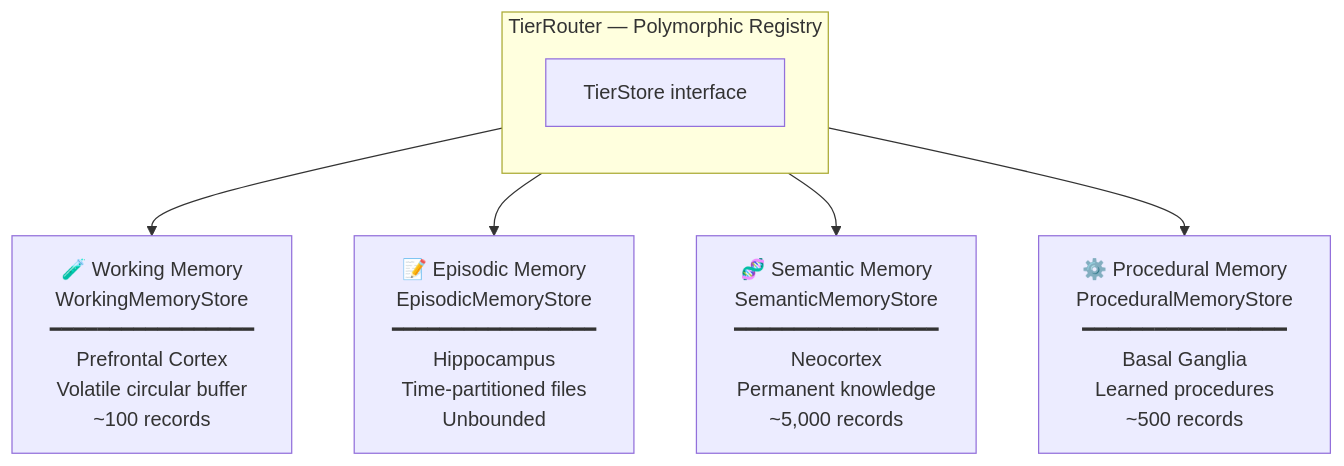
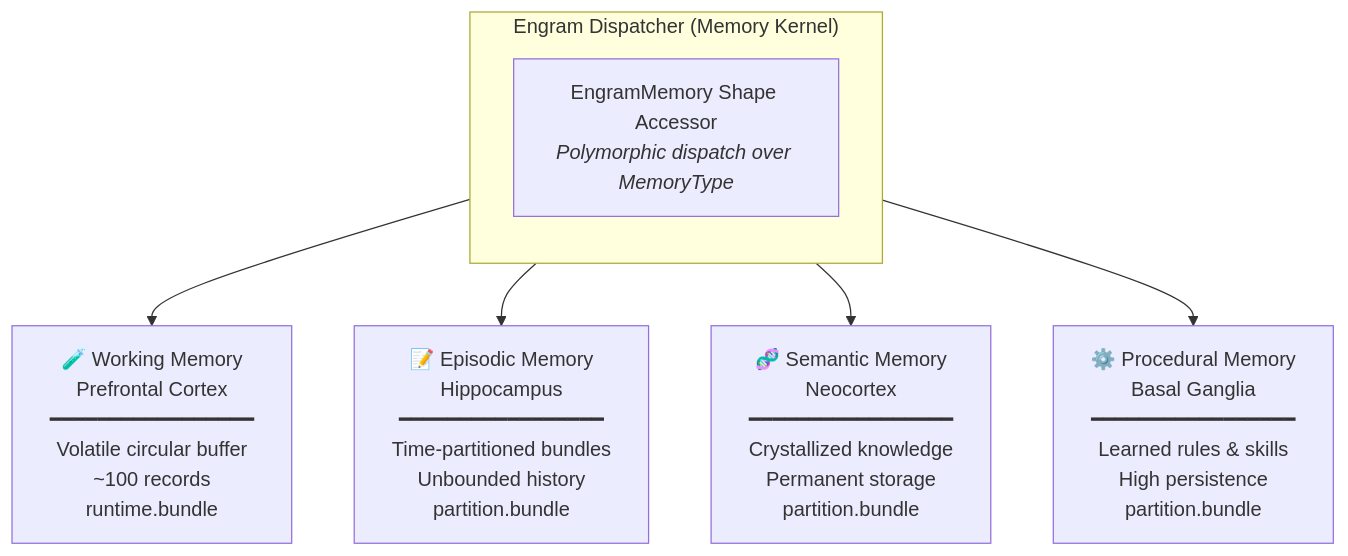
The first of 2 diagrams in docs/docs/memory/cortex.md (spectrayan/spector), drawn with Mermaid before and after one commit. The commit also changed other lines of this file and 15 other files, not shown here.

First line of the commit message:
docs(kernel): overhaul memory kernel documentation and mkdocs navigation (#820)

````diff
--- a/docs/docs/memory/cortex.md
+++ b/docs/docs/memory/cortex.md
@@ -16,12 +16,12 @@
 ```mermaid
 graph TB
-    subgraph "TierRouter — Polymorphic Registry"
+    subgraph "Engram Dispatcher (Memory Kernel)"
         direction TB
-        TR["TierStore interface"]:::core
+        DISP["EngramMemory Shape Accessor<br/><i>Polymorphic dispatch over MemoryType</i>"]
     end
     
-    TR --> WM["🧪 Working Memory<br/>WorkingMemoryStore<br/>━━━━━━━━━━━━━━━━━<br/>Prefrontal Cortex<br/>Volatile circular buffer<br/>~100 records"]:::working
-    TR --> EM["📝 Episodic Memory<br/>EpisodicMemoryStore<br/>━━━━━━━━━━━━━━━━━<br/>Hippocampus<br/>Time-partitioned files<br/>Unbounded"]:::episodic
-    TR --> SE["🧬 Semantic Memory<br/>SemanticMemoryStore<br/>━━━━━━━━━━━━━━━━━<br/>Neocortex<br/>Permanent knowledge<br/>~5,000 records"]:::semantic
-    TR --> PR["⚙️ Procedural Memory<br/>ProceduralMemoryStore<br/>━━━━━━━━━━━━━━━━━<br/>Basal Ganglia<br/>Learned procedures<br/>~500 records"]:::procedural
+    DISP --> WM["🧪 Working Memory<br/>Prefrontal Cortex<br/>━━━━━━━━━━━━━━━━━<br/>Volatile circular buffer<br/>~100 records<br/>runtime.bundle"]
+    DISP --> EM["📝 Episodic Memory<br/>Hippocampus<br/>━━━━━━━━━━━━━━━━━<br/>Time-partitioned bundles<br/>Unbounded history<br/>partition.bundle"]
+    DISP --> SE["🧬 Semantic Memory<br/>Neocortex<br/>━━━━━━━━━━━━━━━━━<br/>Crystallized knowledge<br/>Permanent storage<br/>partition.bundle"]
+    DISP --> PR["⚙️ Procedural Memory<br/>Basal Ganglia<br/>━━━━━━━━━━━━━━━━━<br/>Learned rules & skills<br/>High persistence<br/>partition.bundle"]
 ```
````
